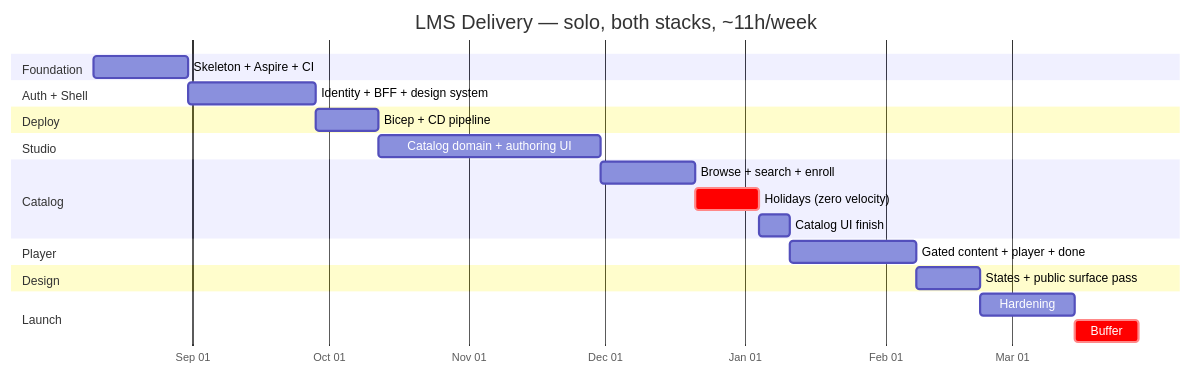
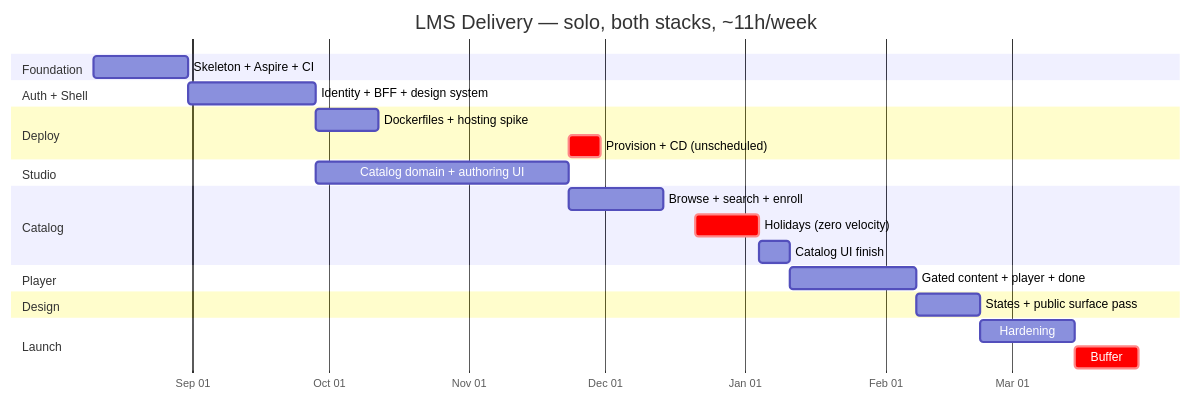
The diagram in artifacts/design/08-delivery-plan.md (sideproject-2026/masterclass), drawn with Mermaid before and after one commit. The commit also changed other lines of this file and 4 other files, not shown here.

````diff
--- a/artifacts/design/08-delivery-plan.md
+++ b/artifacts/design/08-delivery-plan.md
@@ -138,33 +149,34 @@
 ```mermaid
 gantt
     title LMS Delivery — solo, both stacks, ~11h/week
     dateFormat YYYY-MM-DD
     axisFormat %b %d
 
     section Foundation
     Skeleton + Aspire + CI        :f1, 2026-08-10, 21d
 
     section Auth + Shell
     Identity + BFF + design system :a1, after f1, 28d
 
     section Deploy
-    Bicep + CD pipeline           :d1, after a1, 14d
+    Dockerfiles + hosting spike   :d1, after a1, 14d
+    Provision + CD (unscheduled)  :crit, d2, after s1, 7d
 
     section Studio
-    Catalog domain + authoring UI :s1, after d1, 49d
+    Catalog domain + authoring UI :s1, after a1, 56d
 
     section Catalog
     Browse + search + enroll      :c1, after s1, 21d
     Holidays (zero velocity)      :crit, hol, 2026-12-21, 14d
     Catalog UI finish             :c2, 2027-01-04, 7d
 
     section Player
     Gated content + player + done :p1, after c2, 28d
 
     section Design
     States + public surface pass  :w1, after p1, 14d
 
     section Launch
     Hardening                     :h1, after w1, 21d
     Buffer                        :crit, buf, after h1, 14d
 ```
````
